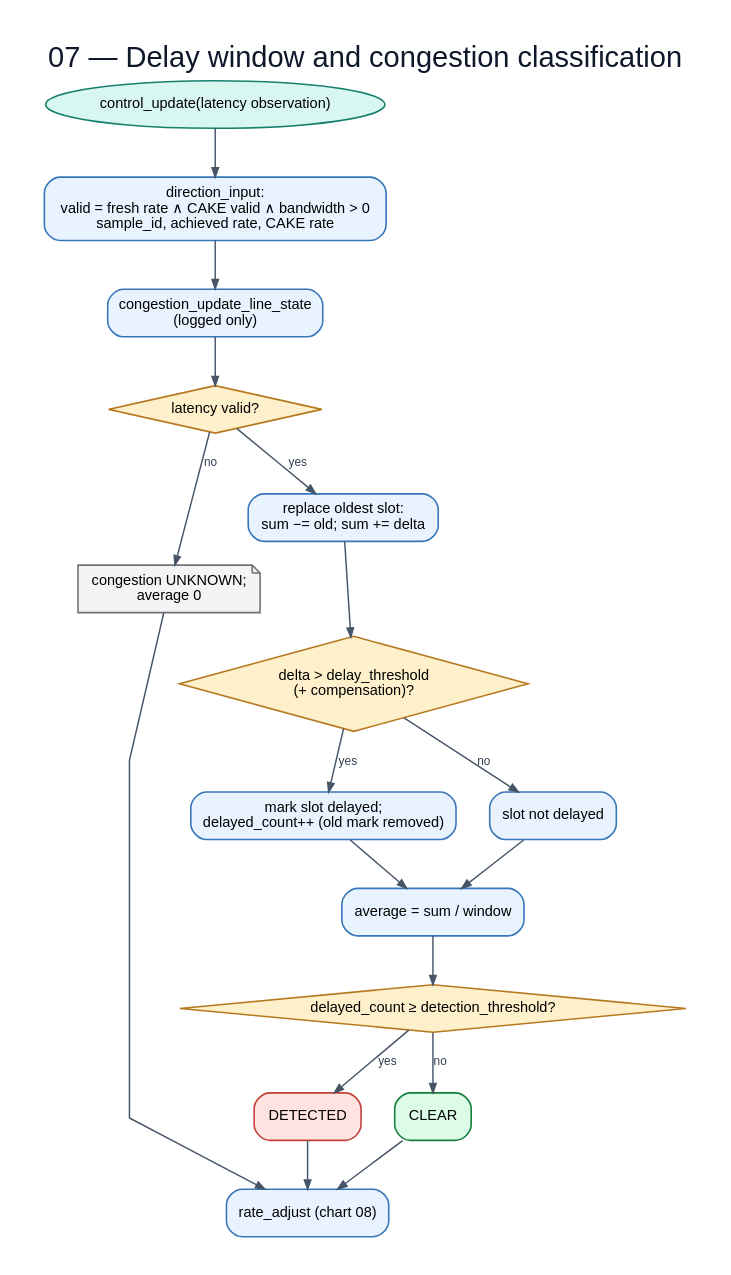
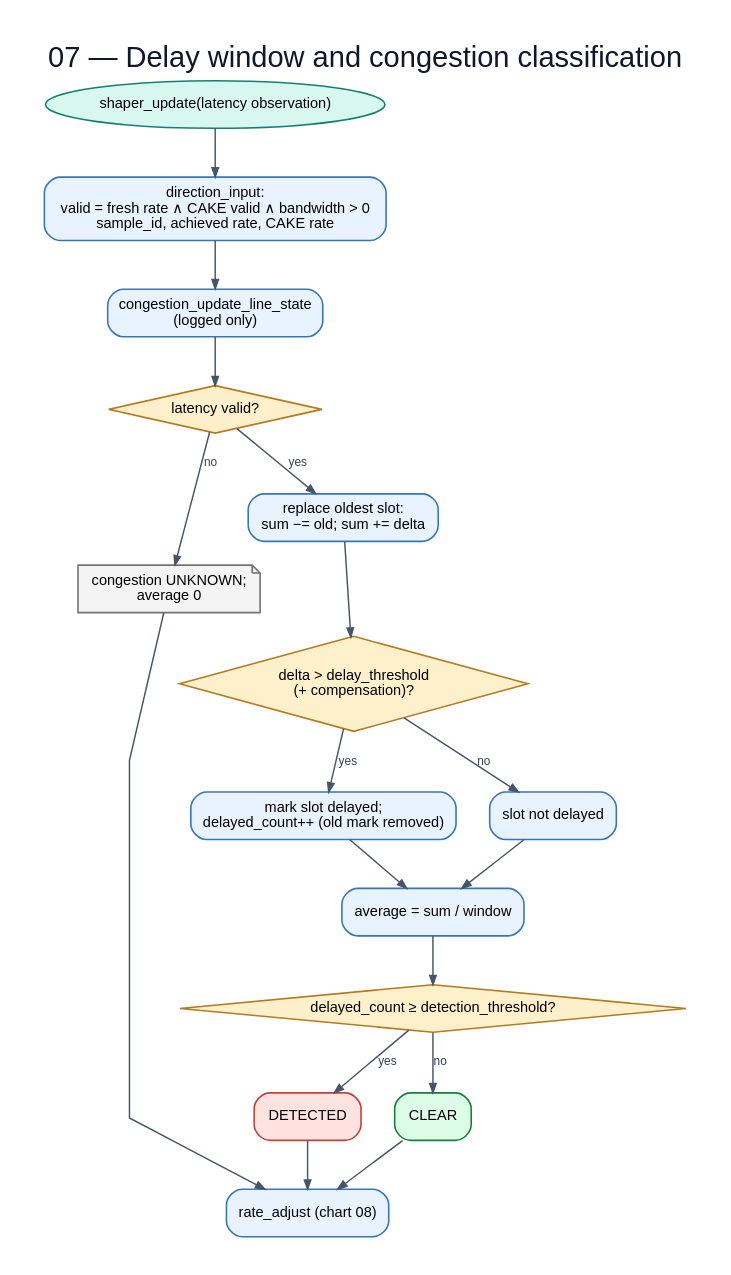
Before and after one commit to huydoan94/cake-adapt: the diagram in flowchart/diagrams/07-controller-window.dot, drawn with Graphviz. The commit also changed 186 other files, not shown here.

```diff
--- a/flowchart/diagrams/07-controller-window.dot
+++ b/flowchart/diagrams/07-controller-window.dot
@@ -1,35 +1,35 @@
 digraph G {
   graph [rankdir=TB,bgcolor="white",pad="0.30",nodesep="0.35",ranksep="0.48",splines=polyline,fontname="Arial",label="07 — Delay window and congestion classification",labelloc=t,fontsize=22,fontcolor="#0f172a"];
   node [fontname="Arial",fontsize=11,margin="0.14,0.09",penwidth=1.2];
   edge [fontname="Arial",fontsize=9,color="#475569",fontcolor="#334155",arrowsize=0.7,penwidth=1.1];
-  input [label="control_update(latency observation)",shape=oval,style="filled",fillcolor="#d9f7f1",color="#17806d"];
+  input [label="shaper_update(latency observation)",shape=oval,style="filled",fillcolor="#d9f7f1",color="#17806d"];
   dir [label="direction_input:\nvalid = fresh rate ∧ CAKE valid ∧ bandwidth > 0\nsample_id, achieved rate, CAKE rate",shape=box,style="rounded,filled",fillcolor="#e9f2ff",color="#3676b9"];
   line [label="congestion_update_line_state\n(logged only)",shape=box,style="rounded,filled",fillcolor="#e9f2ff",color="#3676b9"];
   lat [label="latency valid?",shape=diamond,style="filled",fillcolor="#fff0cc",color="#b7791f"];
   unknown [label="congestion UNKNOWN;\naverage 0",shape=note,style="filled",fillcolor="#f4f4f5",color="#71717a"];
   slot [label="replace oldest slot:\nsum −= old; sum += delta",shape=box,style="rounded,filled",fillcolor="#e9f2ff",color="#3676b9"];
   delayed [label="delta > delay_threshold\n(+ compensation)?",shape=diamond,style="filled",fillcolor="#fff0cc",color="#b7791f"];
   inc [label="mark slot delayed;\ndelayed_count++ (old mark removed)",shape=box,style="rounded,filled",fillcolor="#e9f2ff",color="#3676b9"];
   clr [label="slot not delayed",shape=box,style="rounded,filled",fillcolor="#e9f2ff",color="#3676b9"];
   avg [label="average = sum / window",shape=box,style="rounded,filled",fillcolor="#e9f2ff",color="#3676b9"];
   thr [label="delayed_count ≥ detection_threshold?",shape=diamond,style="filled",fillcolor="#fff0cc",color="#b7791f"];
   det [label="DETECTED",shape=box,style="rounded,filled",fillcolor="#ffe3e0",color="#c2413b"];
   clear [label="CLEAR",shape=box,style="rounded,filled,bold",fillcolor="#dcfce7",color="#15803d"];
   rate [label="rate_adjust (chart 08)",shape=box,style="rounded,filled",fillcolor="#e9f2ff",color="#3676b9"];
   input -> dir;
   dir -> line;
   line -> lat;
   lat -> unknown [label="no"];
   lat -> slot [label="yes"];
   slot -> delayed;
   delayed -> inc [label="yes"];
   delayed -> clr [label="no"];
   inc -> avg;
   clr -> avg;
   avg -> thr;
   thr -> det [label="yes"];
   thr -> clear [label="no"];
   det -> rate;
   clear -> rate;
   unknown -> rate;
 }
```
